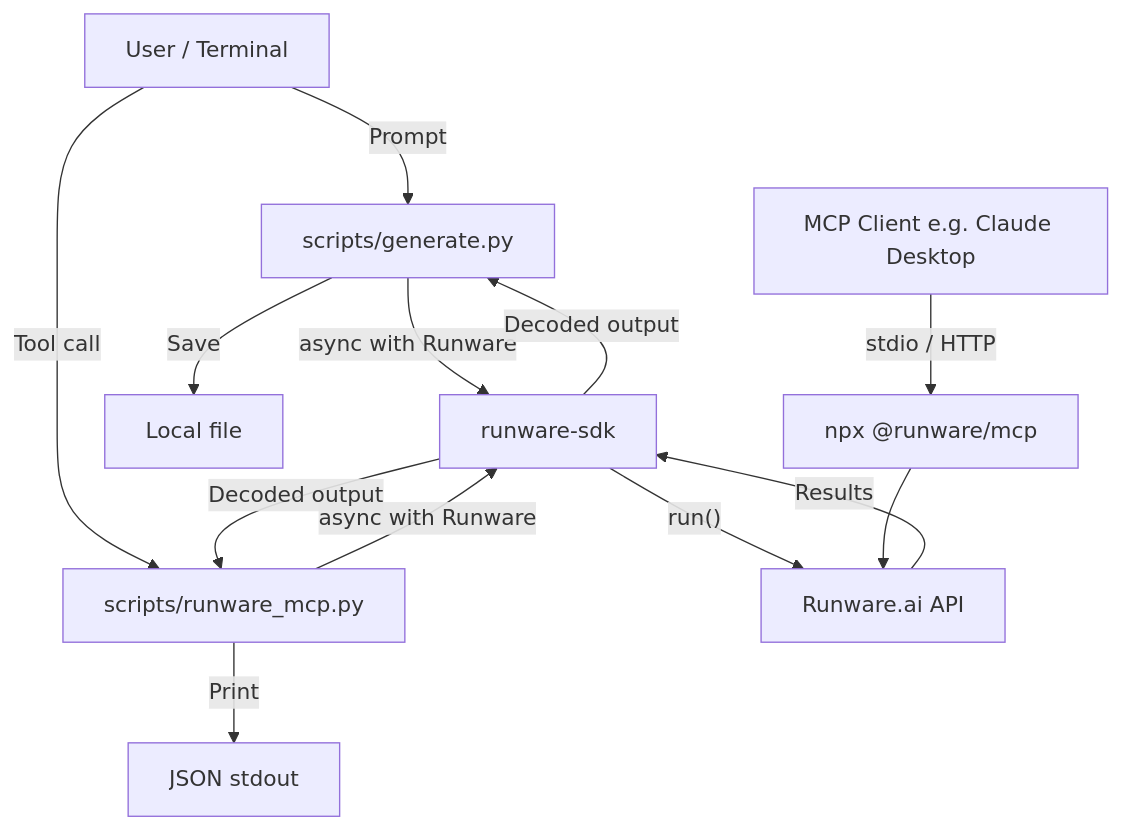
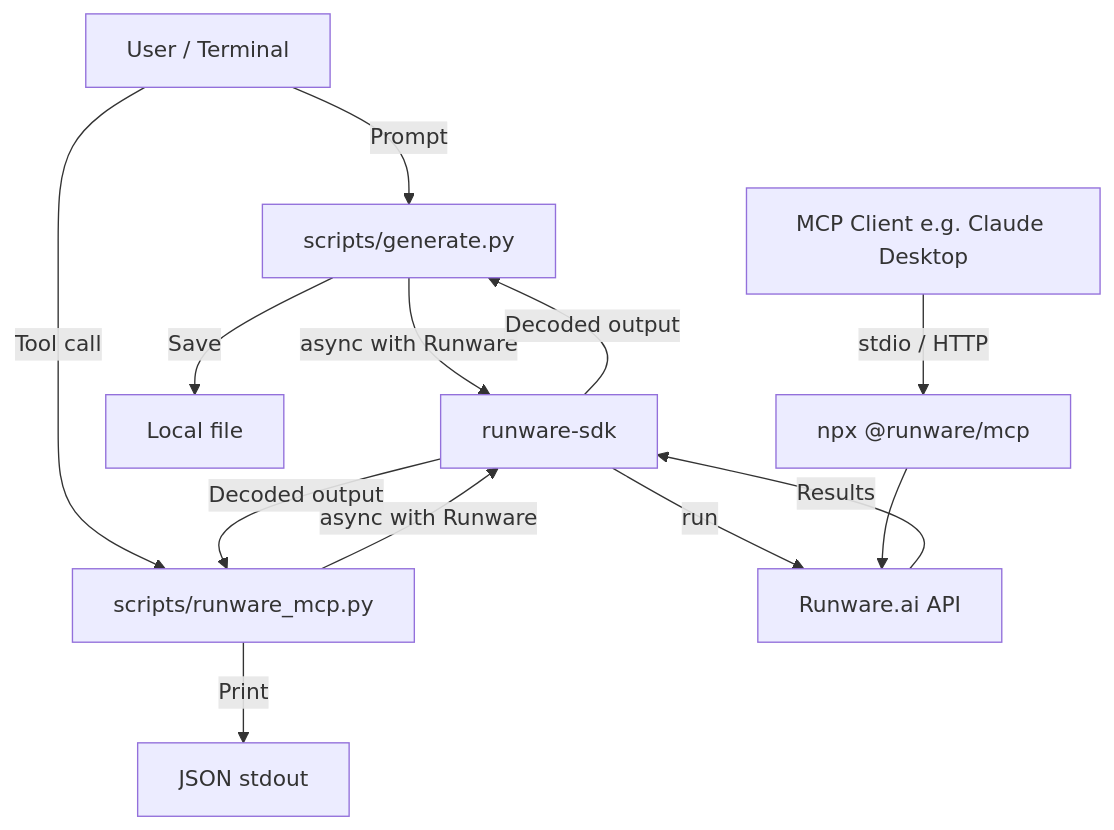
The diagram in README.md (GeekLord/OpenClaw_Runware_API), drawn with Mermaid before and after one commit. The commit also changed other lines of this file and 9 other files, not shown here.

Commit message:
feat: add Runware MCP CLI tool and comprehensive example scripts for multi-modal generation

````diff
--- a/README.md
+++ b/README.md
@@ -149,17 +156,17 @@
 ```mermaid
 graph TD
     User[User / Terminal] -->|Prompt| Gen[scripts/generate.py]
     User -->|Tool call| MCP[scripts/runware_mcp.py]
     Gen -->|async with Runware| SDK[runware-sdk]
     MCP -->|async with Runware| SDK
-    SDK -->|"run()"| API[Runware.ai API]
+    SDK -->|run| API[Runware.ai API]
     API -->|Results| SDK
     SDK -->|Decoded output| Gen
     SDK -->|Decoded output| MCP
     Gen -->|Save| Output[Local file]
     MCP -->|Print| Output2[JSON stdout]
 
     MCP_Client[MCP Client e.g. Claude Desktop]
-    MCP_Client -->|stdio / HTTP| MCP_Server["npx @runware/mcp"]
+    MCP_Client -->|stdio / HTTP| MCP_Server[npx @runware/mcp]
     MCP_Server --> API
 ```
````
